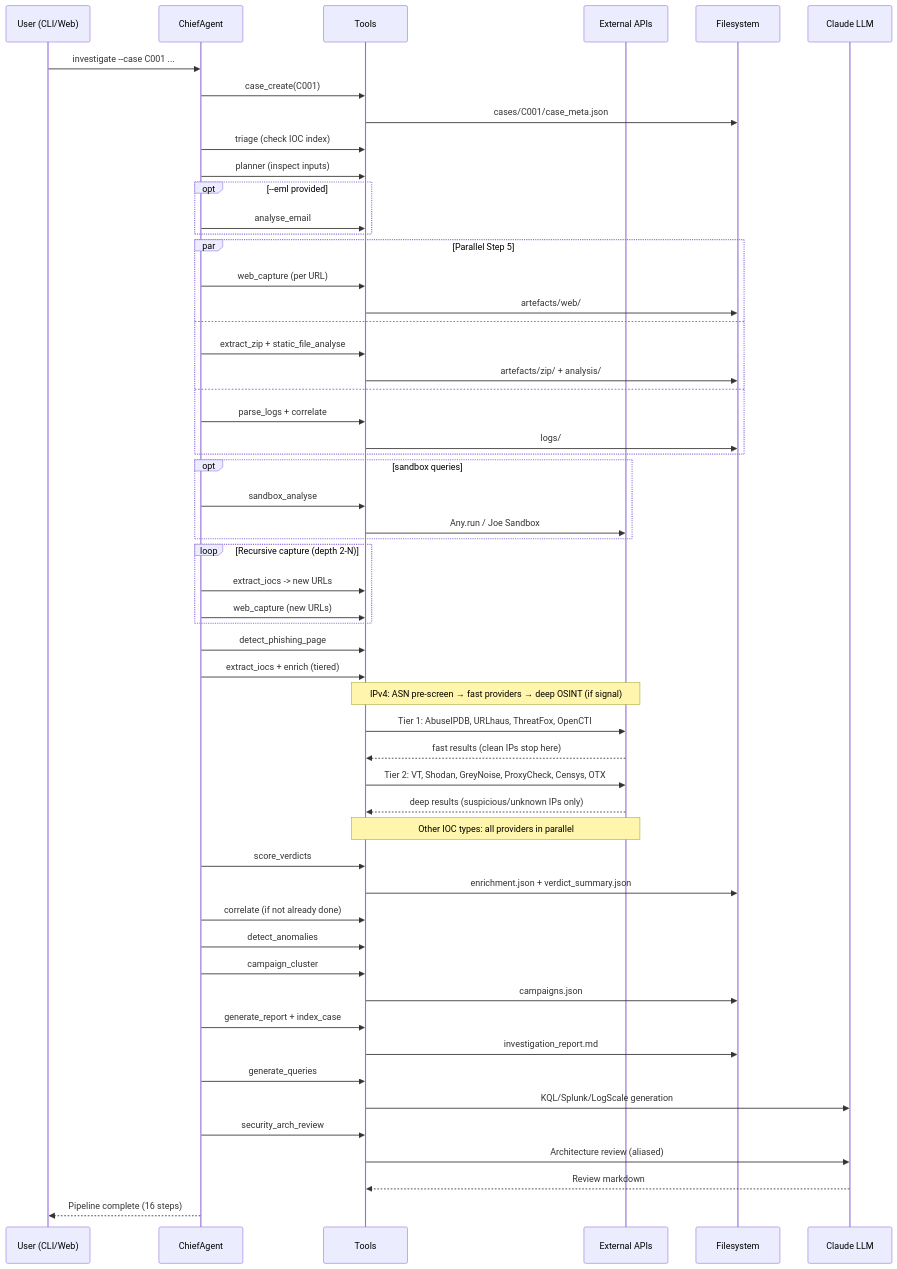
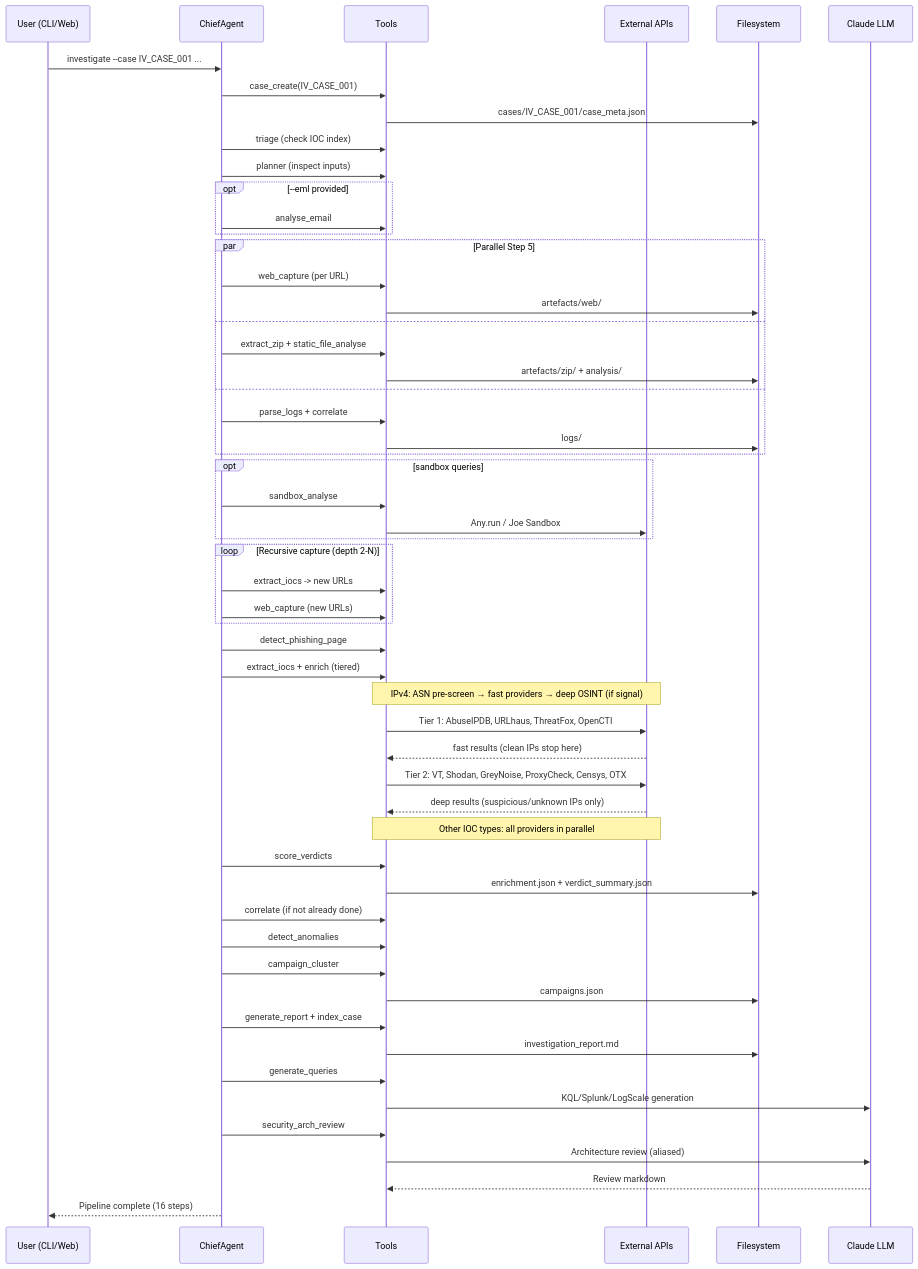
Before and after one commit to WillBanasik/socai: the second of 5 diagrams in docs/architecture_diagram.md, drawn with Mermaid. The commit also changed 34 other files, not shown here.

````diff
--- a/docs/architecture_diagram.md
+++ b/docs/architecture_diagram.md
@@ -153,69 +153,69 @@
 ```mermaid
 sequenceDiagram
     participant U as User (CLI/Web)
     participant C as ChiefAgent
     participant T as Tools
     participant E as External APIs
     participant F as Filesystem
     participant L as Claude LLM
 
-    U->>C: investigate --case C001 ...
-    C->>T: case_create(C001)
-    T->>F: cases/C001/case_meta.json
+    U->>C: investigate --case IV_CASE_001 ...
+    C->>T: case_create(IV_CASE_001)
+    T->>F: cases/IV_CASE_001/case_meta.json
 
     C->>T: triage (check IOC index)
     C->>T: planner (inspect inputs)
 
     opt --eml provided
         C->>T: analyse_email
     end
 
     par Parallel Step 5
         C->>T: web_capture (per URL)
         T->>F: artefacts/web/
     and
         C->>T: extract_zip + static_file_analyse
         T->>F: artefacts/zip/ + analysis/
     and
         C->>T: parse_logs + correlate
         T->>F: logs/
     end
 
     opt sandbox queries
         C->>T: sandbox_analyse
         T->>E: Any.run / Joe Sandbox
     end
 
     loop Recursive capture (depth 2-N)
         C->>T: extract_iocs -> new URLs
         C->>T: web_capture (new URLs)
     end
 
     C->>T: detect_phishing_page
     C->>T: extract_iocs + enrich (tiered)
     Note over T,E: IPv4: ASN pre-screen → fast providers → deep OSINT (if signal)
     T->>E: Tier 1: AbuseIPDB, URLhaus, ThreatFox, OpenCTI
     E-->>T: fast results (clean IPs stop here)
     T->>E: Tier 2: VT, Shodan, GreyNoise, ProxyCheck, Censys, OTX
     E-->>T: deep results (suspicious/unknown IPs only)
     Note over T,E: Other IOC types: all providers in parallel
     C->>T: score_verdicts
     T->>F: enrichment.json + verdict_summary.json
 
     C->>T: correlate (if not already done)
     C->>T: detect_anomalies
     C->>T: campaign_cluster
     T->>F: campaigns.json
 
     C->>T: generate_report + index_case
     T->>F: investigation_report.md
 
     C->>T: generate_queries
     T->>L: KQL/Splunk/LogScale generation
 
     C->>T: security_arch_review
     T->>L: Architecture review (aliased)
     L-->>T: Review markdown
 
     C-->>U: Pipeline complete (16 steps)
 ```
````
